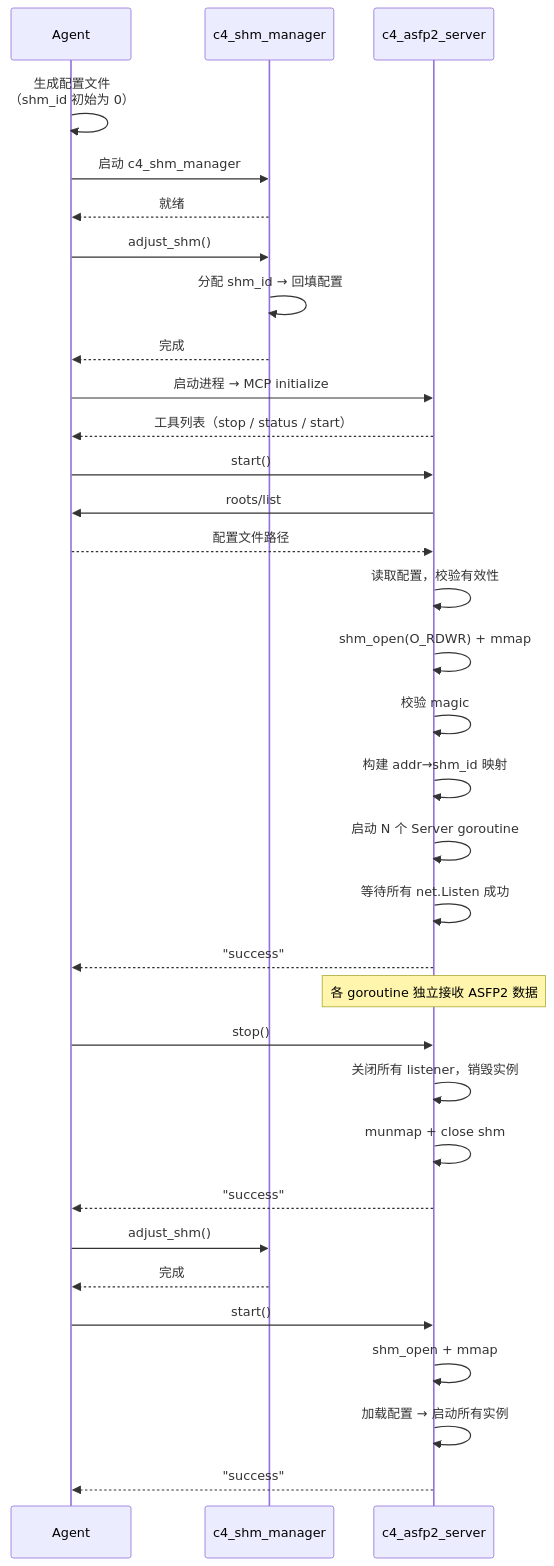
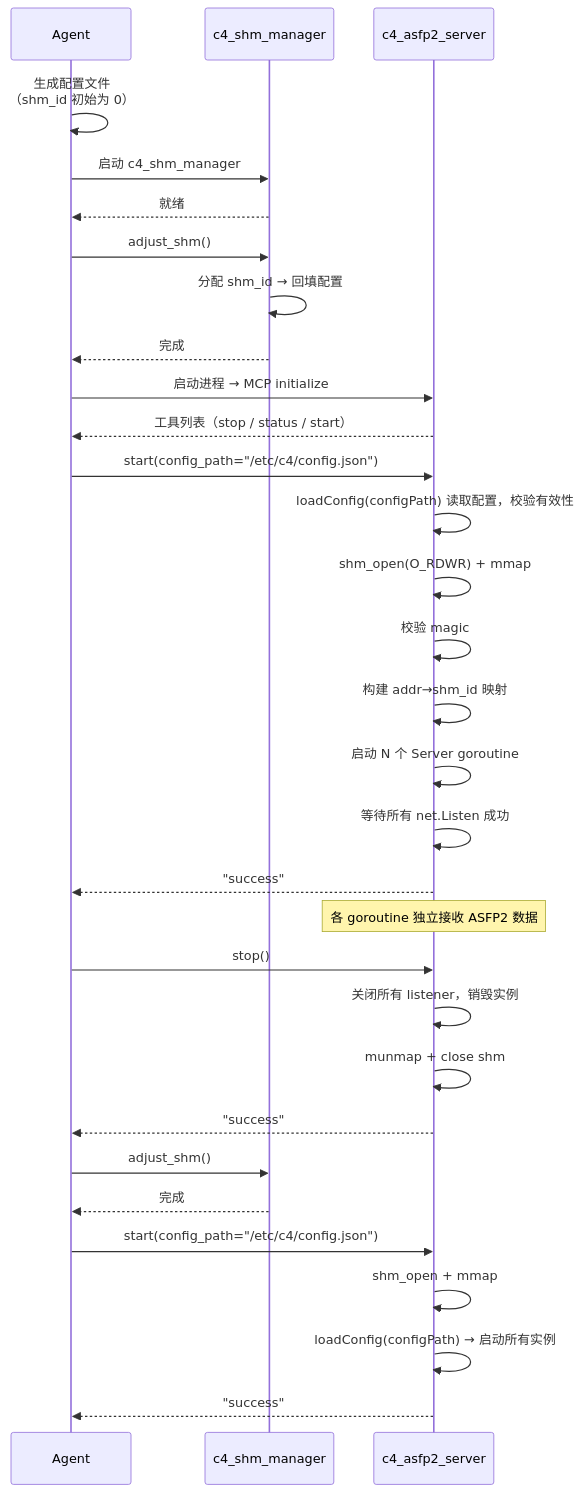
The second of 3 diagrams in docs/design/c4_asfp2_server.md (activesys/c4), drawn with Mermaid before and after one commit. The commit also changed other lines of this file and 14 other files, not shown here.

````diff
--- a/docs/design/c4_asfp2_server.md
+++ b/docs/design/c4_asfp2_server.md
@@ -203,40 +203,38 @@
 ```mermaid
 sequenceDiagram
     participant A as Agent
     participant SM as c4_shm_manager
     participant S as c4_asfp2_server
 
     A->>A: 生成配置文件<br/>（shm_id 初始为 0）
     A->>SM: 启动 c4_shm_manager
     SM-->>A: 就绪
     A->>SM: adjust_shm()
     SM->>SM: 分配 shm_id → 回填配置
     SM-->>A: 完成
 
     A->>S: 启动进程 → MCP initialize
     S-->>A: 工具列表（stop / status / start）
 
-    A->>S: start()
-    S->>A: roots/list
-    A-->>S: 配置文件路径
-    S->>S: 读取配置，校验有效性
+    A->>S: start(config_path="/etc/c4/config.json")
+    S->>S: loadConfig(configPath) 读取配置，校验有效性
     S->>S: shm_open(O_RDWR) + mmap
     S->>S: 校验 magic
     S->>S: 构建 addr→shm_id 映射
     S->>S: 启动 N 个 Server goroutine
     S->>S: 等待所有 net.Listen 成功
     S-->>A: "success"
 
     Note over S: 各 goroutine 独立接收 ASFP2 数据
 
     A->>S: stop()
     S->>S: 关闭所有 listener，销毁实例
     S->>S: munmap + close shm
     S-->>A: "success"
     A->>SM: adjust_shm()
     SM-->>A: 完成
-    A->>S: start()
+    A->>S: start(config_path="/etc/c4/config.json")
     S->>S: shm_open + mmap
-    S->>S: 加载配置 → 启动所有实例
+    S->>S: loadConfig(configPath) → 启动所有实例
     S-->>A: "success"
 ```
````
